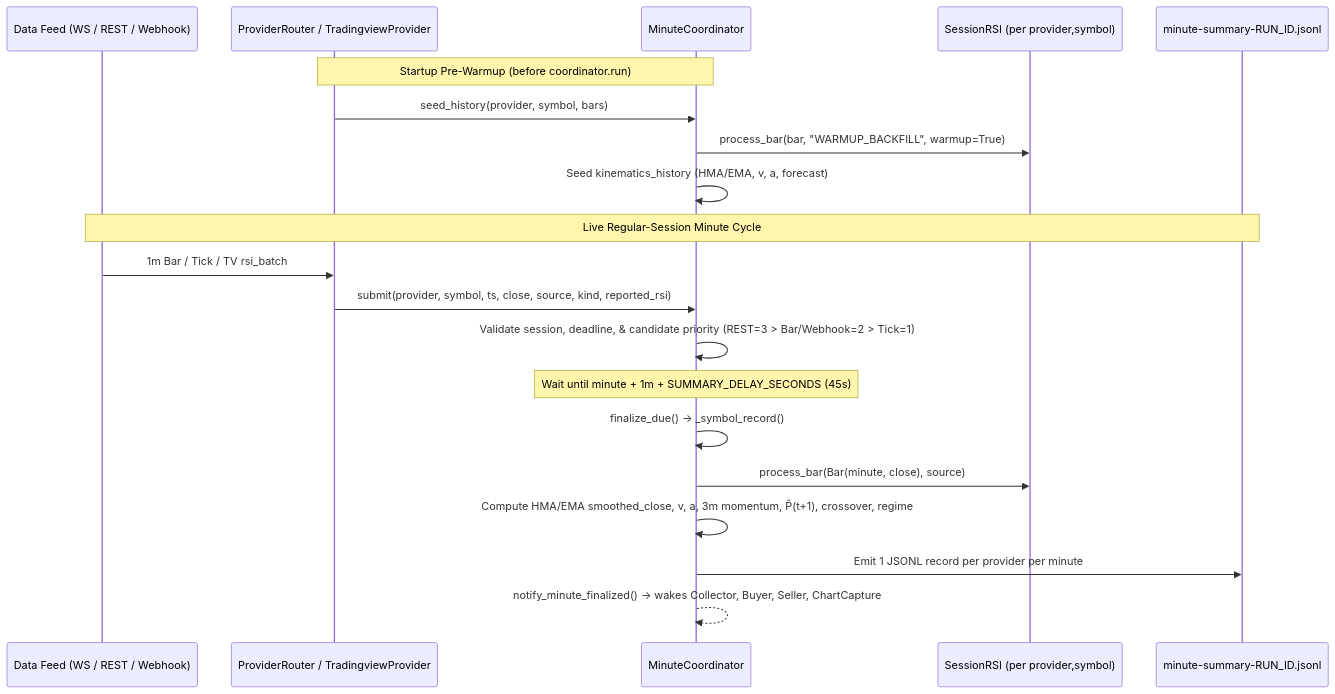
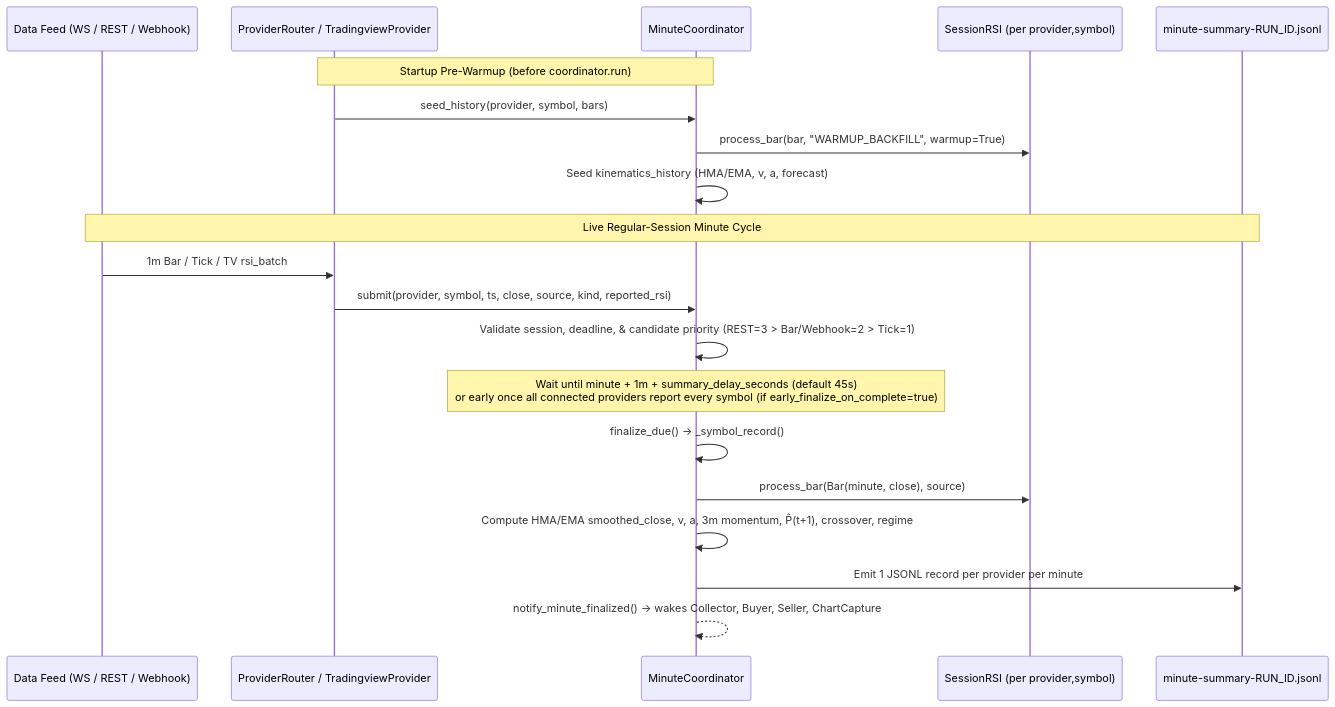
Before and after one commit to billt408/jboa-1: the second of 3 diagrams in src/docs/TRADING_ALGORITHMS_AND_RISK.md, drawn with Mermaid. The commit also changed other lines of this file and 4 other files, not shown here.

Commit message:
feat: add configurable finalization delay and optional early finalization

````diff
--- a/src/docs/TRADING_ALGORITHMS_AND_RISK.md
+++ b/src/docs/TRADING_ALGORITHMS_AND_RISK.md
@@ -148,24 +148,24 @@
 ```mermaid
 sequenceDiagram
     participant Feed as Data Feed (WS / REST / Webhook)
     participant Router as ProviderRouter / TradingviewProvider
     participant MC as MinuteCoordinator
     participant RSI as SessionRSI (per provider,symbol)
     participant Log as minute-summary-RUN_ID.jsonl
 
     Note over Router,MC: Startup Pre-Warmup (before coordinator.run)
     Router->>MC: seed_history(provider, symbol, bars)
     MC->>RSI: process_bar(bar, "WARMUP_BACKFILL", warmup=True)
     MC->>MC: Seed kinematics_history (HMA/EMA, v, a, forecast)
 
     Note over Feed,Log: Live Regular-Session Minute Cycle
     Feed->>Router: 1m Bar / Tick / TV rsi_batch
     Router->>MC: submit(provider, symbol, ts, close, source, kind, reported_rsi)
     MC->>MC: Validate session, deadline, & candidate priority (REST=3 > Bar/Webhook=2 > Tick=1)
-    Note over MC: Wait until minute + 1m + SUMMARY_DELAY_SECONDS (45s)
+    Note over MC: Wait until minute + 1m + summary_delay_seconds (default 45s)<br/>or early once all connected providers report every symbol (if early_finalize_on_complete=true)
     MC->>MC: finalize_due() -> _symbol_record()
     MC->>RSI: process_bar(Bar(minute, close), source)
     MC->>MC: Compute HMA/EMA smoothed_close, v, a, 3m momentum, P̂(t+1), crossover, regime
     MC->>Log: Emit 1 JSONL record per provider per minute
     MC-->>MC: notify_minute_finalized() -> wakes Collector, Buyer, Seller, ChartCapture
 ```
````
